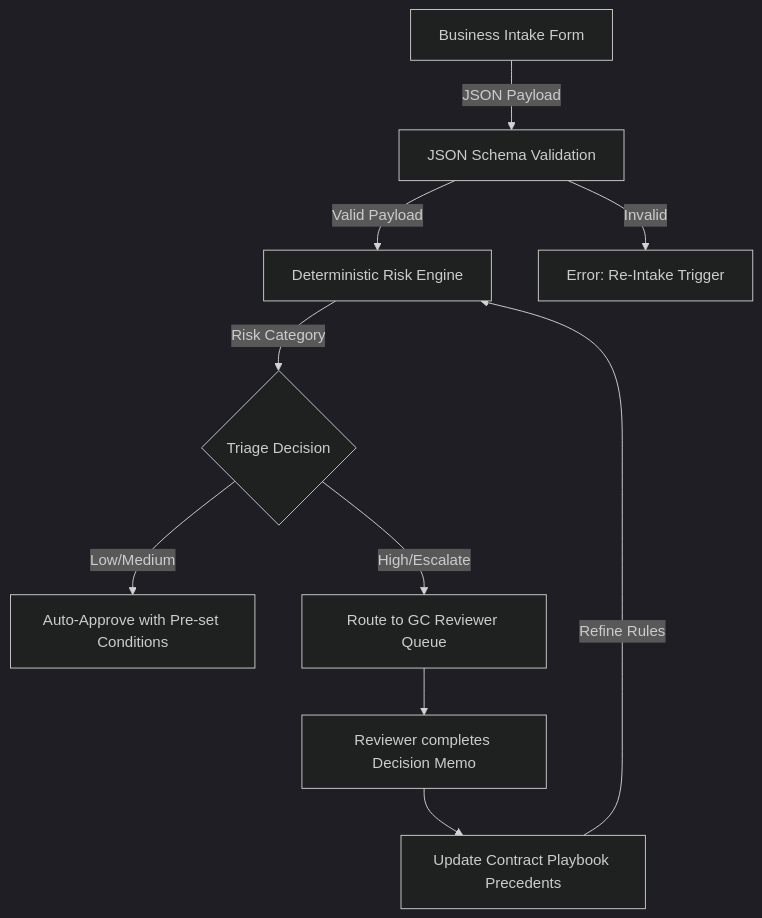
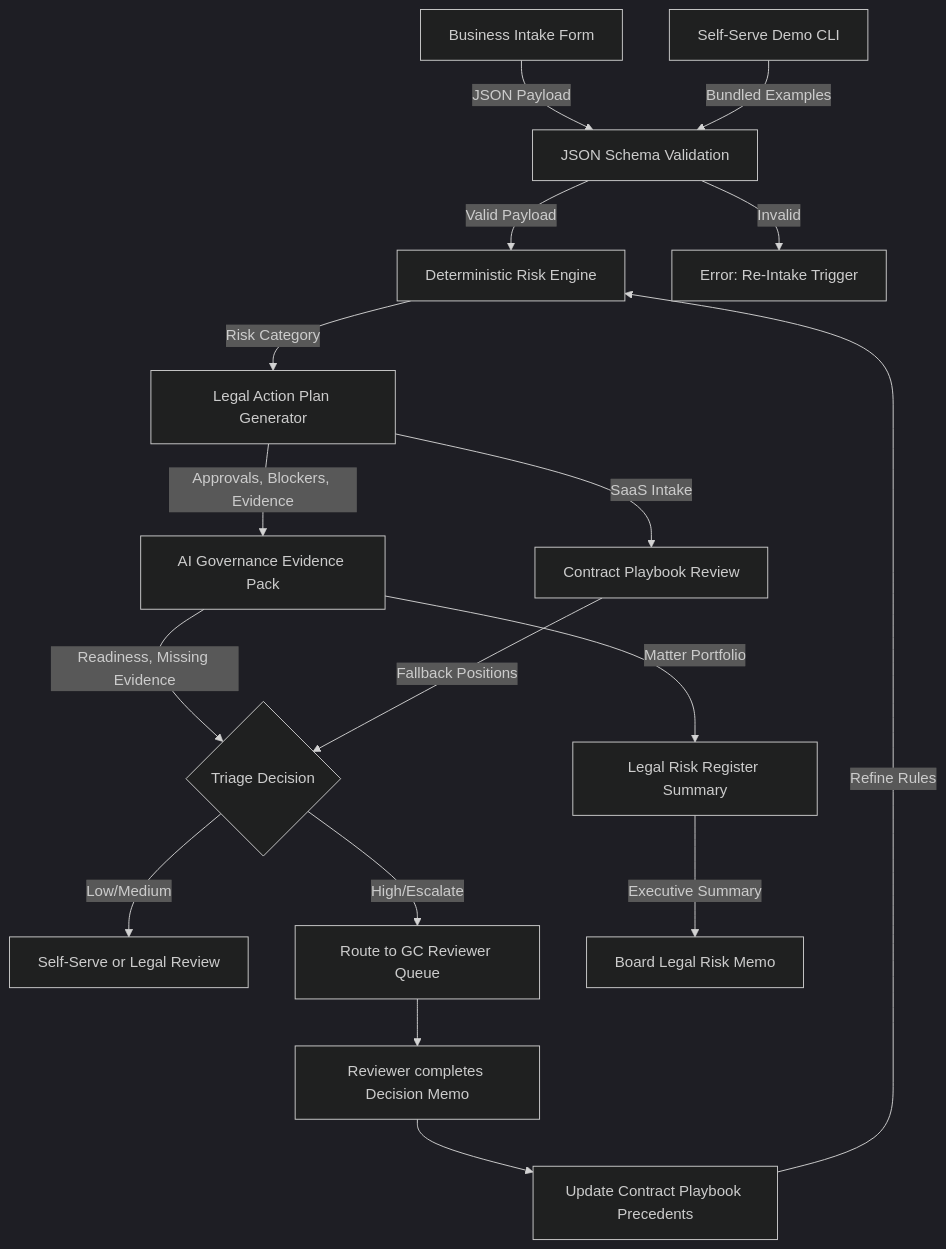
One commit to sebastianfoerste/ai-saas-legal-ops-starter-kit changed the diagram in docs/architecture.md. Above: the diagram before and after it, drawn with Mermaid (dark theme). The commit also changed other lines of this file and 52 other files, not shown here.

````diff
--- a/docs/architecture.md
+++ b/docs/architecture.md
@@ -5,12 +5,19 @@
 ```mermaid
 graph TD
     A[Business Intake Form] -->|JSON Payload| B[JSON Schema Validation]
+    CLI[Self-Serve Demo CLI] -->|Bundled Examples| B
     B -->|Valid Payload| C[Deterministic Risk Engine]
     B -->|Invalid| X[Error: Re-Intake Trigger]
-    C -->|Risk Category| D{Triage Decision}
-    D -->|Low/Medium| E[Auto-Approve with Pre-set Conditions]
-    D -->|High/Escalate| F[Route to GC Reviewer Queue]
-    F --> G[Reviewer completes Decision Memo]
-    G --> H[Update Contract Playbook Precedents]
-    H -->|Refine Rules| C
+    C -->|Risk Category| D[Legal Action Plan Generator]
+    D -->|Approvals, Blockers, Evidence| P[AI Governance Evidence Pack]
+    D -->|SaaS Intake| CP[Contract Playbook Review]
+    P -->|Readiness, Missing Evidence| E{Triage Decision}
+    P -->|Matter Portfolio| R[Legal Risk Register Summary]
+    CP -->|Fallback Positions| E
+    E -->|Low/Medium| F[Self-Serve or Legal Review]
+    E -->|High/Escalate| G[Route to GC Reviewer Queue]
+    R -->|Executive Summary| J[Board Legal Risk Memo]
+    G --> H[Reviewer completes Decision Memo]
+    H --> I[Update Contract Playbook Precedents]
+    I -->|Refine Rules| C
 ```
````
